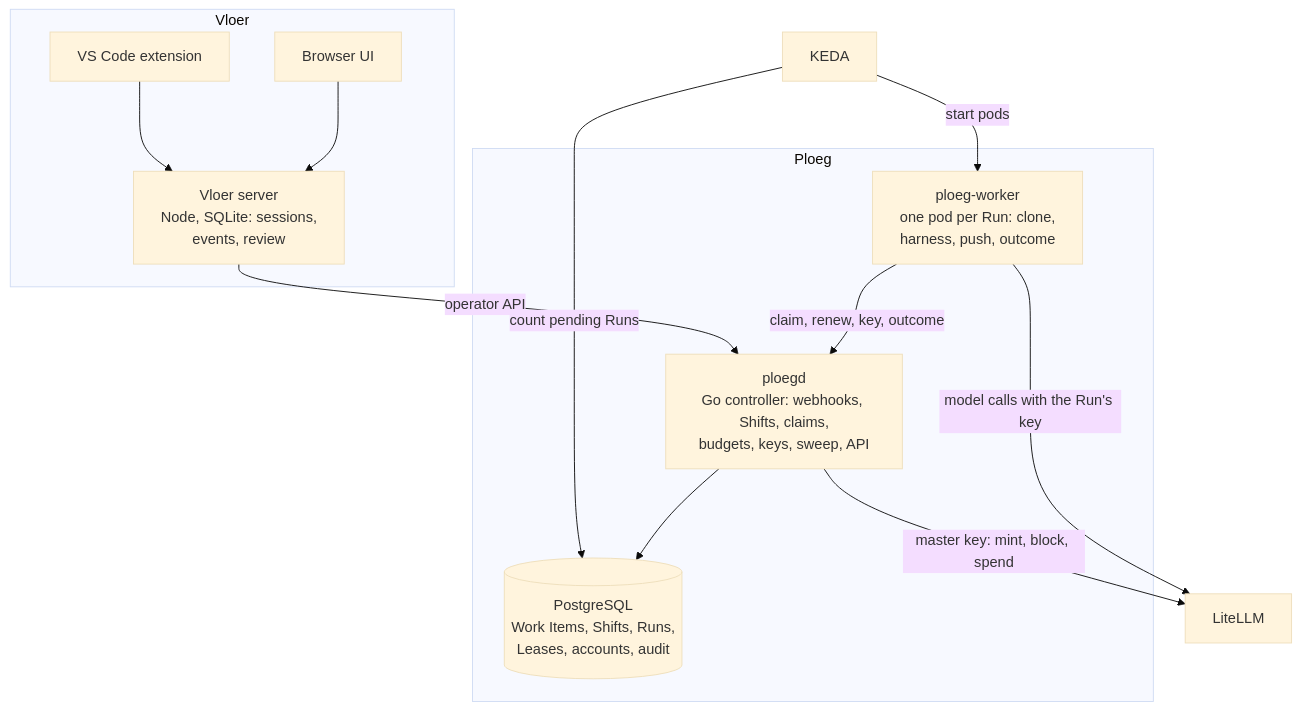
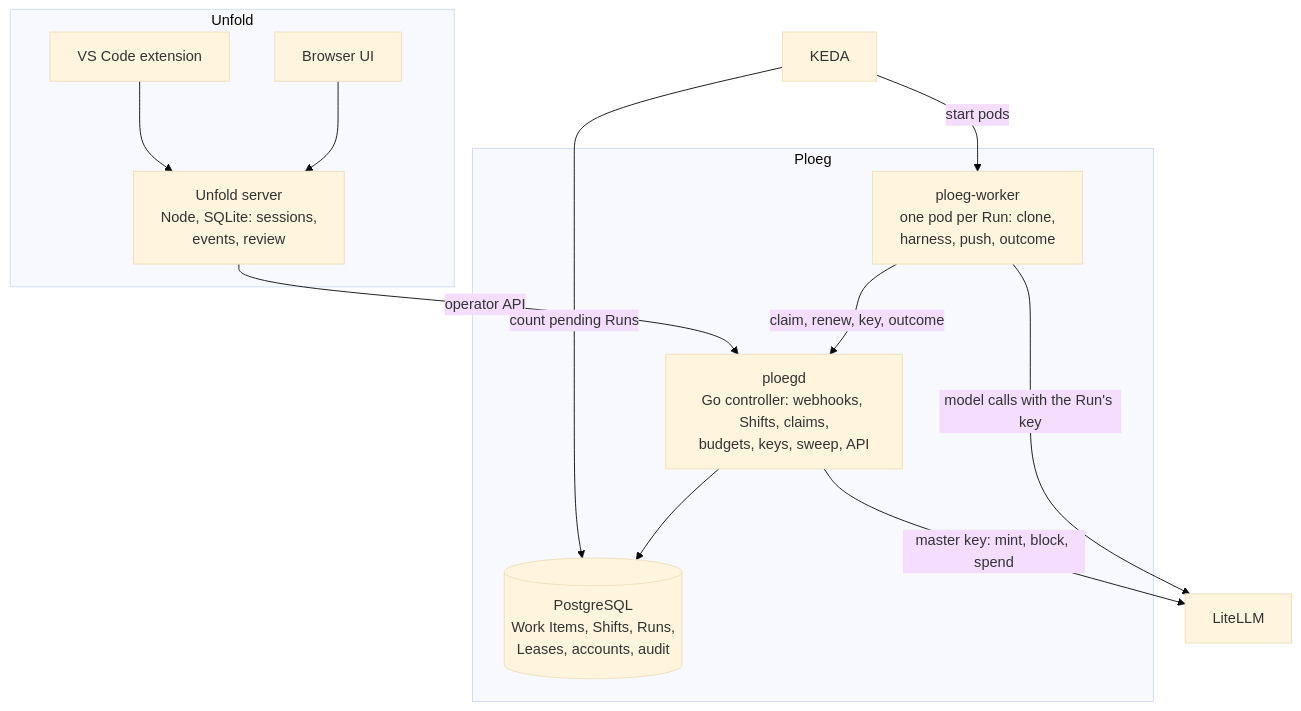
The second of 2 diagrams in docs/concepts/architecture.md (webgrip/unfold), drawn with Mermaid (base theme) before and after one commit. The commit also changed other lines of this file and 1136 other files, not shown here.

````diff
--- a/docs/concepts/architecture.md
+++ b/docs/concepts/architecture.md
@@ -57,24 +57,24 @@
 ```mermaid
 flowchart TB
     subgraph ploeg["Ploeg"]
         ploegd["ploegd<br/>Go controller: webhooks, Shifts, claims,<br/>budgets, keys, sweep, API"]
         db[("PostgreSQL<br/>Work Items, Shifts, Runs,<br/>Leases, accounts, audit")]
         worker["ploeg-worker<br/>one pod per Run: clone,<br/>harness, push, outcome"]
     end
-    subgraph vloer["Vloer"]
-        server["Vloer server<br/>Node, SQLite: sessions,<br/>events, review"]
+    subgraph unfold["Unfold"]
+        server["Unfold server<br/>Node, SQLite: sessions,<br/>events, review"]
         ext["VS Code extension"]
         browser["Browser UI"]
     end
     keda["KEDA"]
     lite["LiteLLM"]
     ploegd --> db
     keda -->|count pending Runs| db
     keda -->|start pods| worker
     worker -->|claim, renew, key, outcome| ploegd
     worker -->|model calls with the Run's key| lite
     ploegd -->|master key: mint, block, spend| lite
     server -->|operator API| ploegd
     browser --> server
     ext --> server
 ```
````
